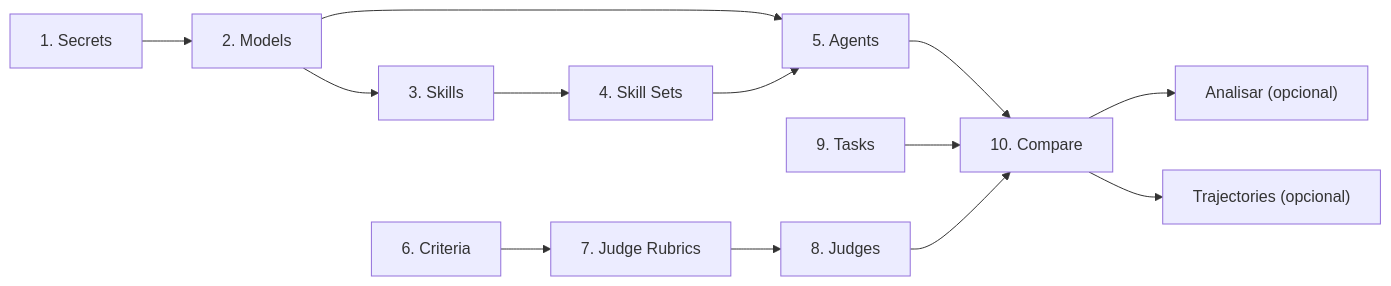
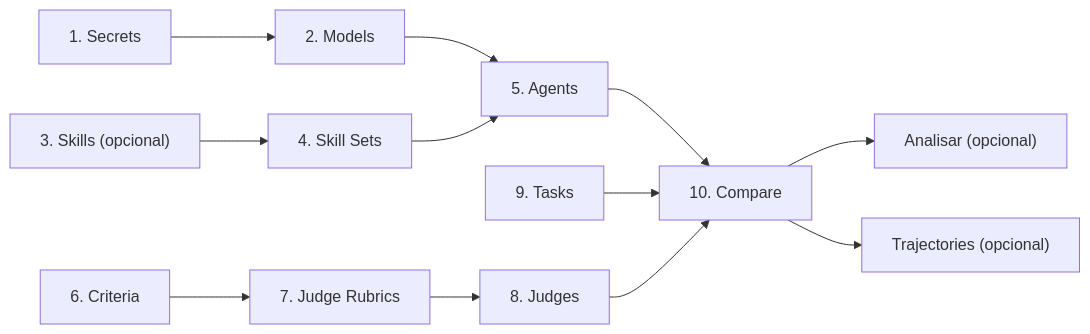
Before and after one commit to rafa210587/harbor-eval-kit: the second of 3 diagrams in docs/COMO_FUNCIONA.md, drawn with Mermaid. The commit also changed other lines of this file and 59 other files, not shown here.

````diff
--- a/docs/COMO_FUNCIONA.md
+++ b/docs/COMO_FUNCIONA.md
@@ -56,15 +57,15 @@
 ```mermaid
 flowchart LR
     S1["1. Secrets"] --> S2["2. Models"]
-    S2 --> S3["3. Skills"]
+    S3["3. Skills (opcional)"]
     S3 --> S4["4. Skill Sets"]
     S2 --> S5["5. Agents"]
     S4 --> S5
     S6["6. Criteria"] --> S7["7. Judge Rubrics"]
     S7 --> S8["8. Judges"]
     S5 --> S10["10. Compare"]
     S9["9. Tasks"] --> S10
     S8 --> S10
     S10 --> AN["Analisar (opcional)"]
     S10 --> TR["Trajectories (opcional)"]
 ```
````
